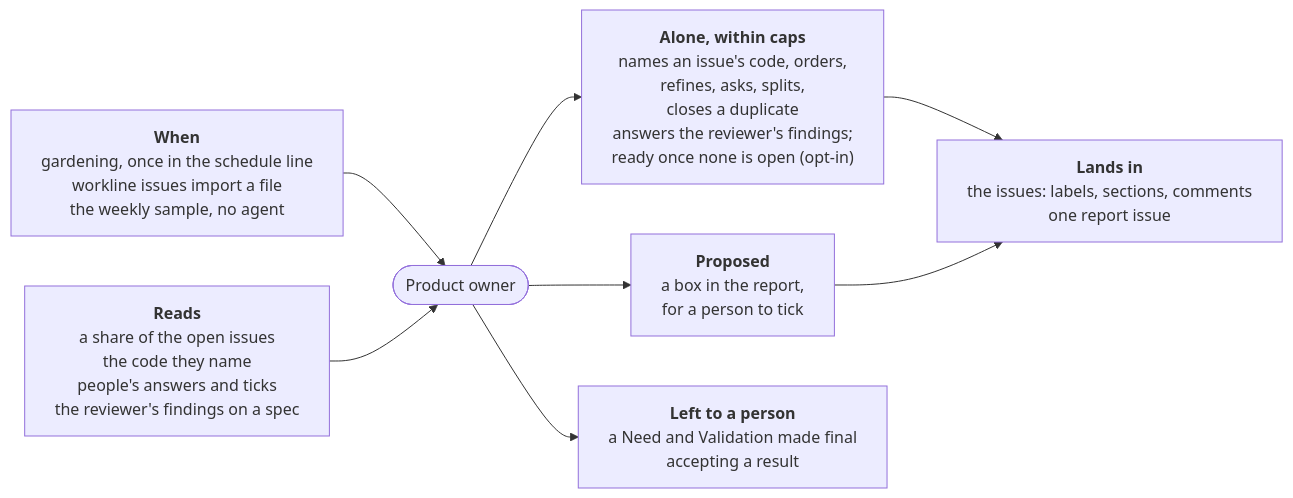
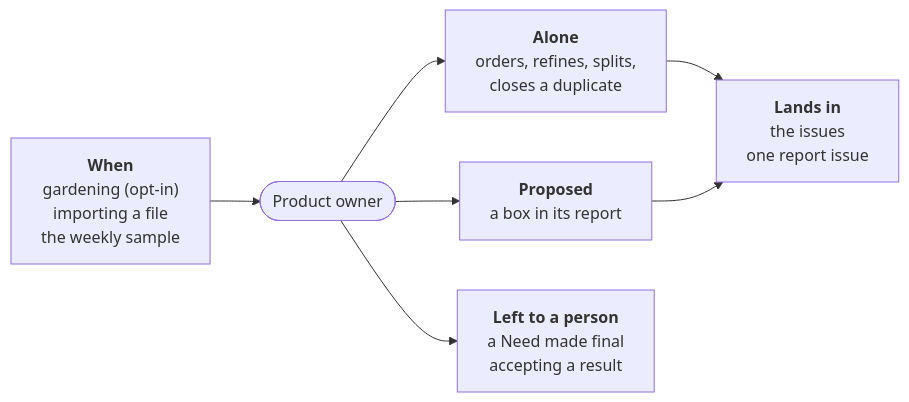
One commit to JN0V/workline changed the diagram in roles/product-owner/README.md. Above: the diagram before and after it, drawn with Mermaid. The commit also changed other lines of this file and 13 other files, not shown here.

````diff
--- a/roles/product-owner/README.md
+++ b/roles/product-owner/README.md
@@ -8,16 +8,13 @@
 ```mermaid
-%%{init: {"flowchart": {"wrappingWidth": 400}}}%%
 flowchart LR
-  when["<b>When</b><br/>gardening, once in the schedule line<br/>workline issues import a file<br/>the weekly sample, no agent"]
-  reads["<b>Reads</b><br/>a share of the open issues<br/>the code they name<br/>people's answers and ticks<br/>the reviewer's findings on a spec"]
+  when["<b>When</b><br/>gardening (opt-in)<br/>importing a file<br/>the weekly sample"]
   role(["Product owner"])
-  alone["<b>Alone, within caps</b><br/>names an issue's code, orders,<br/>refines, asks, splits,<br/>closes a duplicate<br/>answers the reviewer's findings;<br/>ready once none is open (opt-in)"]
-  proposed["<b>Proposed</b><br/>a box in the report,<br/>for a person to tick"]
-  person["<b>Left to a person</b><br/>a Need and Validation made final<br/>accepting a result"]
-  out["<b>Lands in</b><br/>the issues: labels, sections, comments<br/>one report issue"]
+  alone["<b>Alone</b><br/>orders, refines, splits,<br/>closes a duplicate"]
+  proposed["<b>Proposed</b><br/>a box in its report"]
+  person["<b>Left to a person</b><br/>a Need made final<br/>accepting a result"]
+  out["<b>Lands in</b><br/>the issues<br/>one report issue"]
   when --> role
-  reads --> role
   role --> alone --> out
   role --> proposed --> out
   role --> person
 ```
````
